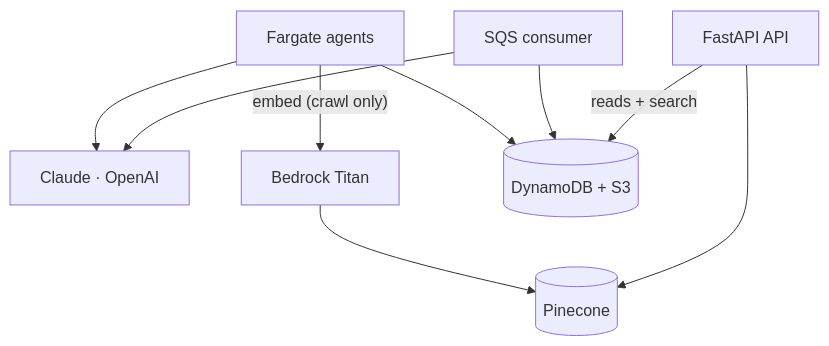
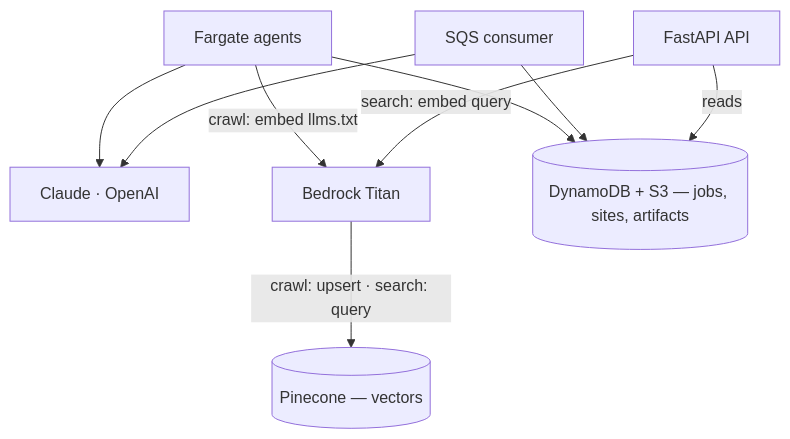
The second of 3 diagrams in docs/architecture.md (ejaimez14/llms-txt), drawn with Mermaid before and after one commit. The commit also changed other lines of this file, not shown here.

Commit message:
Clarify datastore labels and worker arrows; simplify lifecycle diagram

````diff
--- a/docs/architecture.md
+++ b/docs/architecture.md
@@ -32,11 +32,13 @@
 ```mermaid
 flowchart TD
   Fargate["Fargate agents"] --> LLM["Claude · OpenAI"]
   Consumer["SQS consumer"] --> LLM
-  Fargate -->|"embed (crawl only)"| Titan["Bedrock Titan"] --> Pinecone[("Pinecone")]
 
-  Fargate --> Data[("DynamoDB + S3")]
+  Fargate -->|"crawl: embed llms.txt"| Titan["Bedrock Titan"]
+  API["FastAPI API"] -->|"search: embed query"| Titan
+  Titan -->|"crawl: upsert · search: query"| Pinecone[("Pinecone — vectors")]
+
+  Fargate --> Data[("DynamoDB + S3 — jobs, sites, artifacts")]
   Consumer --> Data
-  API["FastAPI API"] -->|"reads + search"| Data
-  API --> Pinecone
+  API -->|"reads"| Data
 ```
````
